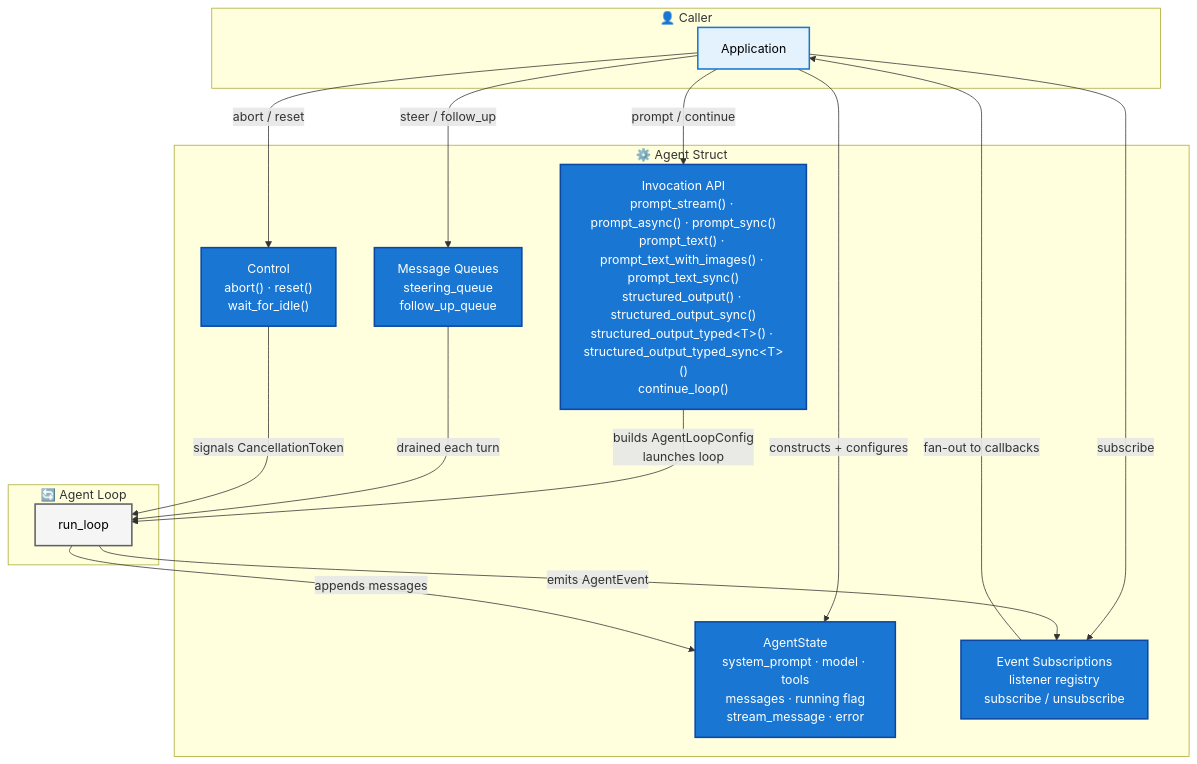
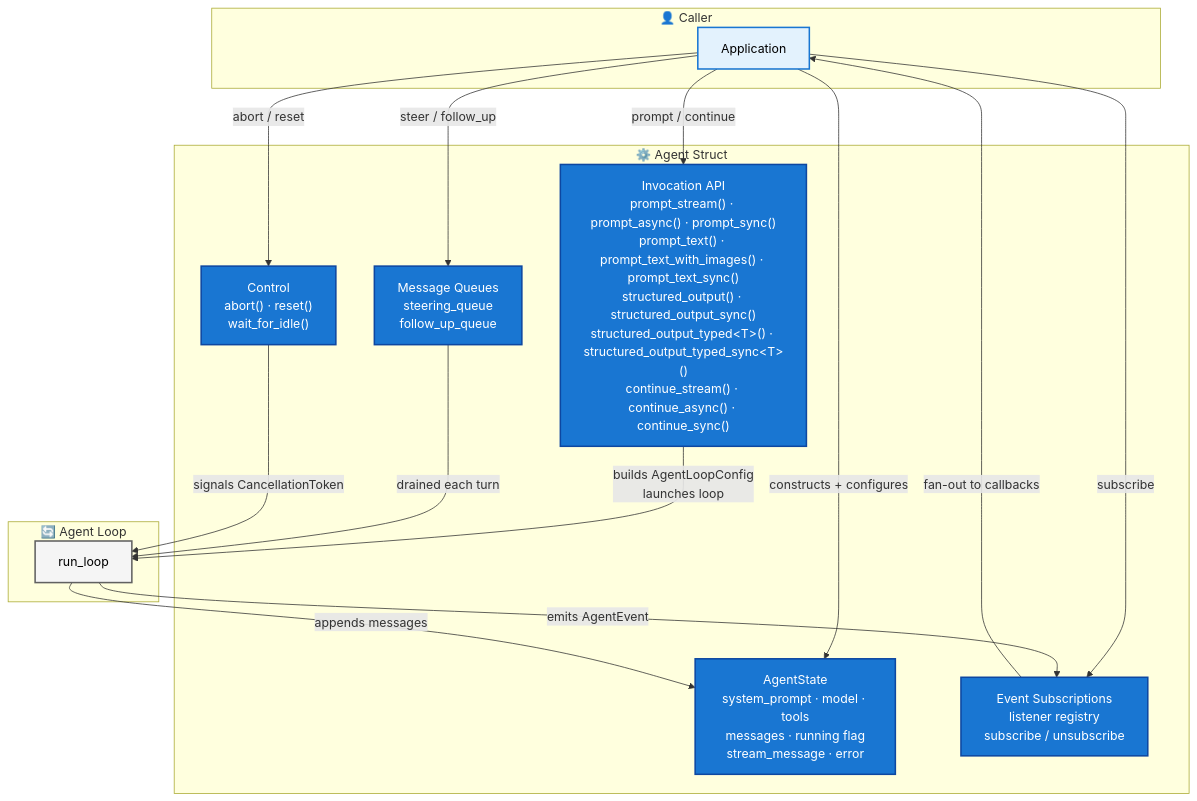
One commit to SuperSwinkAI/Swink-Agent changed the first of 5 diagrams in docs/architecture/agent/README.md. Above: the diagram before and after it, drawn with Mermaid. The commit also changed other lines of this file and 3 other files, not shown here.

````diff
--- a/docs/architecture/agent/README.md
+++ b/docs/architecture/agent/README.md
@@ -12,38 +12,38 @@
 ```mermaid
 flowchart TB
     subgraph CallerLayer["👤 Caller"]
         App["Application"]
     end
 
     subgraph AgentLayer["⚙️ Agent Struct"]
         State["AgentState<br/>system_prompt · model · tools<br/>messages · running flag<br/>stream_message · error"]
         Queues["Message Queues<br/>steering_queue<br/>follow_up_queue"]
-        API["Invocation API<br/>prompt_stream() · prompt_async() · prompt_sync()<br/>prompt_text() · prompt_text_with_images() · prompt_text_sync()<br/>structured_output() · structured_output_sync()<br/>structured_output_typed&lt;T&gt;() · structured_output_typed_sync&lt;T&gt;()<br/>continue_loop()"]
+        API["Invocation API<br/>prompt_stream() · prompt_async() · prompt_sync()<br/>prompt_text() · prompt_text_with_images() · prompt_text_sync()<br/>structured_output() · structured_output_sync()<br/>structured_output_typed&lt;T&gt;() · structured_output_typed_sync&lt;T&gt;()<br/>continue_stream() · continue_async() · continue_sync()"]
         Events["Event Subscriptions<br/>listener registry<br/>subscribe / unsubscribe"]
         Control["Control<br/>abort() · reset()<br/>wait_for_idle()"]
     end
 
     subgraph LoopLayer["🔄 Agent Loop"]
         Loop["run_loop"]
     end
 
     App -->|"constructs + configures"| State
     App -->|"prompt / continue"| API
     App -->|"steer / follow_up"| Queues
     App -->|"subscribe"| Events
     App -->|"abort / reset"| Control
     API -->|"builds AgentLoopConfig<br/>launches loop"| Loop
     Queues -->|"drained each turn"| Loop
     Loop -->|"emits AgentEvent"| Events
     Events -->|"fan-out to callbacks"| App
     Loop -->|"appends messages"| State
     Control -->|"signals CancellationToken"| Loop
 
     classDef callerStyle fill:#e3f2fd,stroke:#1976d2,stroke-width:2px,color:#000
     classDef agentStyle fill:#1976d2,stroke:#0d47a1,stroke-width:2px,color:#fff
     classDef loopStyle fill:#f5f5f5,stroke:#616161,stroke-width:2px,color:#000
 
     class App callerStyle
     class State,Queues,API,Events,Control agentStyle
     class Loop loopStyle
 ```
````
